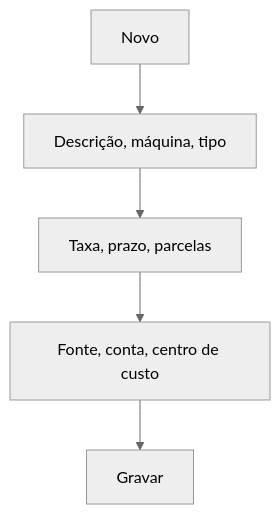
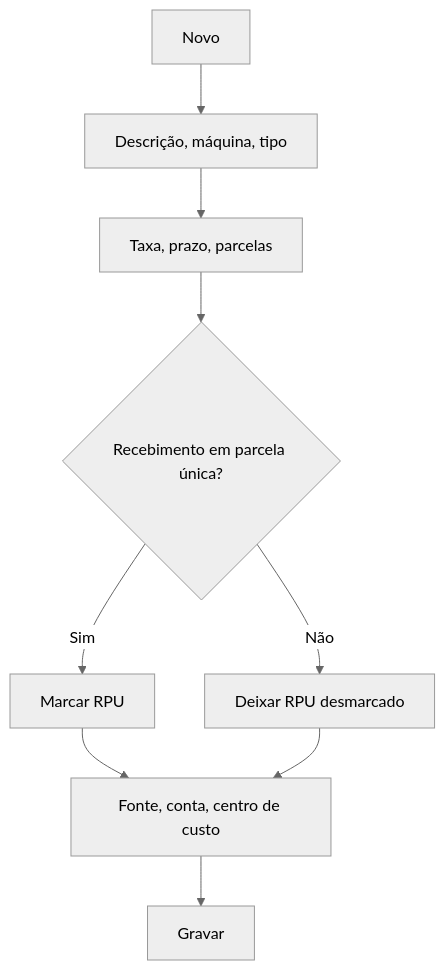
One commit to rlopeslameira/harpia-docs changed the diagram in docs/tabelas-financeiras/cartao.md. Above: the diagram before and after it, drawn with Mermaid (neutral theme). The commit also changed other lines of this file and 21 other files, not shown here.

````diff
--- a/docs/tabelas-financeiras/cartao.md
+++ b/docs/tabelas-financeiras/cartao.md
@@ -80,7 +92,11 @@
 ```mermaid
 flowchart TD
     A[Novo] --> B[Descrição, máquina, tipo]
     B --> C[Taxa, prazo, parcelas]
-    C --> D[Fonte, conta, centro de custo]
-    D --> E[Gravar]
+    C --> D{Recebimento em parcela única?}
+    D -->|Sim| E[Marcar RPU]
+    D -->|Não| F[Deixar RPU desmarcado]
+    E --> G[Fonte, conta, centro de custo]
+    F --> G
+    G --> H[Gravar]
 ```
````
